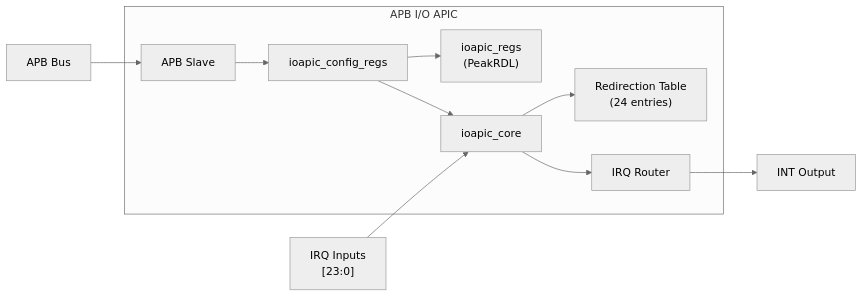
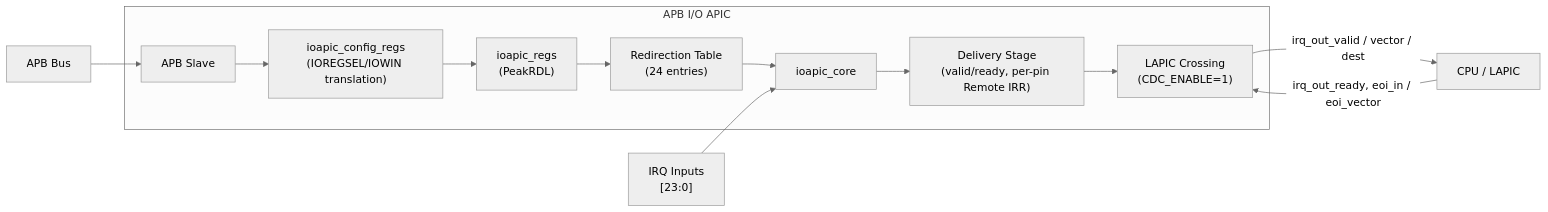
The diagram in projects/components/retro_legacy_blocks/docs/ioapic_mas/assets/mermaid/ioapic_block_diagram.mmd (sean-galloway/RTLDesignSherpa), drawn with Mermaid before and after one commit. The commit also changed 26 other files, not shown here.

First line of the commit message:
fix(rlb/ioapic): one delivery per edge, per-pin in-service, delivered-vector EOI, strict decode (#48)

```diff
--- a/projects/components/retro_legacy_blocks/docs/ioapic_mas/assets/mermaid/ioapic_block_diagram.mmd
+++ b/projects/components/retro_legacy_blocks/docs/ioapic_mas/assets/mermaid/ioapic_block_diagram.mmd
@@ -1,20 +1,23 @@
 %%{init: {'theme': 'neutral'}}%%
 flowchart LR
     subgraph APB_IOAPIC["APB I/O APIC"]
         APB["APB Slave"]
-        CFG["ioapic_config_regs"]
+        CFG["ioapic_config_regs<br/>(IOREGSEL/IOWIN translation)"]
         REGS["ioapic_regs<br/>(PeakRDL)"]
         CORE["ioapic_core"]
         REDIR["Redirection Table<br/>(24 entries)"]
-        ROUTE["IRQ Router"]
+        STAGE["Delivery Stage<br/>(valid/ready, per-pin Remote IRR)"]
+        XING["LAPIC Crossing<br/>(CDC_ENABLE=1)"]
     end
 
     BUS["APB Bus"] --> APB
     APB --> CFG
     CFG --> REGS
-    CFG --> CORE
-    CORE --> REDIR
-    CORE --> ROUTE
+    REGS --> REDIR
+    REDIR --> CORE
+    CORE --> STAGE
+    STAGE --> XING
 
     IRQ_IN["IRQ Inputs<br/>[23:0]"] --> CORE
-    ROUTE --> INT_OUT["INT Output"]
+    XING -->|"irq_out_valid / vector / dest"| LAPIC["CPU / LAPIC"]
+    LAPIC -->|"irq_out_ready, eoi_in / eoi_vector"| XING
```
